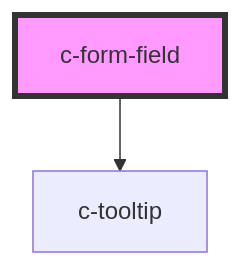
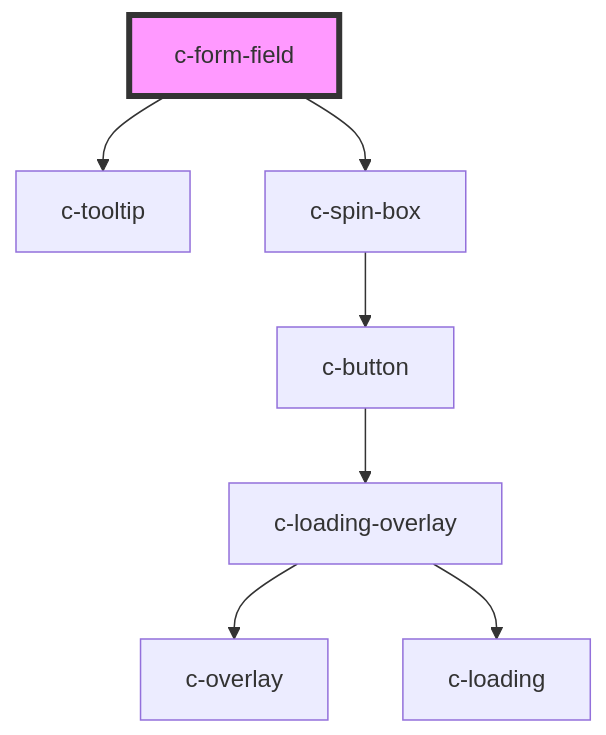
One commit to kickstand-ui/kickstand-ui changed the diagram in src/scripts/components/form-field/readme.md. Above: the diagram before and after it, drawn with Mermaid. The commit also changed other lines of this file and 7 other files, not shown here.

Commit message:
Updated form-field to use spin-box

````diff
--- a/src/scripts/components/form-field/readme.md
+++ b/src/scripts/components/form-field/readme.md
@@ -39,5 +43,10 @@
 ```mermaid
 graph TD;
   c-form-field --> c-tooltip
+  c-form-field --> c-spin-box
+  c-spin-box --> c-button
+  c-button --> c-loading-overlay
+  c-loading-overlay --> c-overlay
+  c-loading-overlay --> c-loading
   style c-form-field fill:#f9f,stroke:#333,stroke-width:4px
 ```
````
